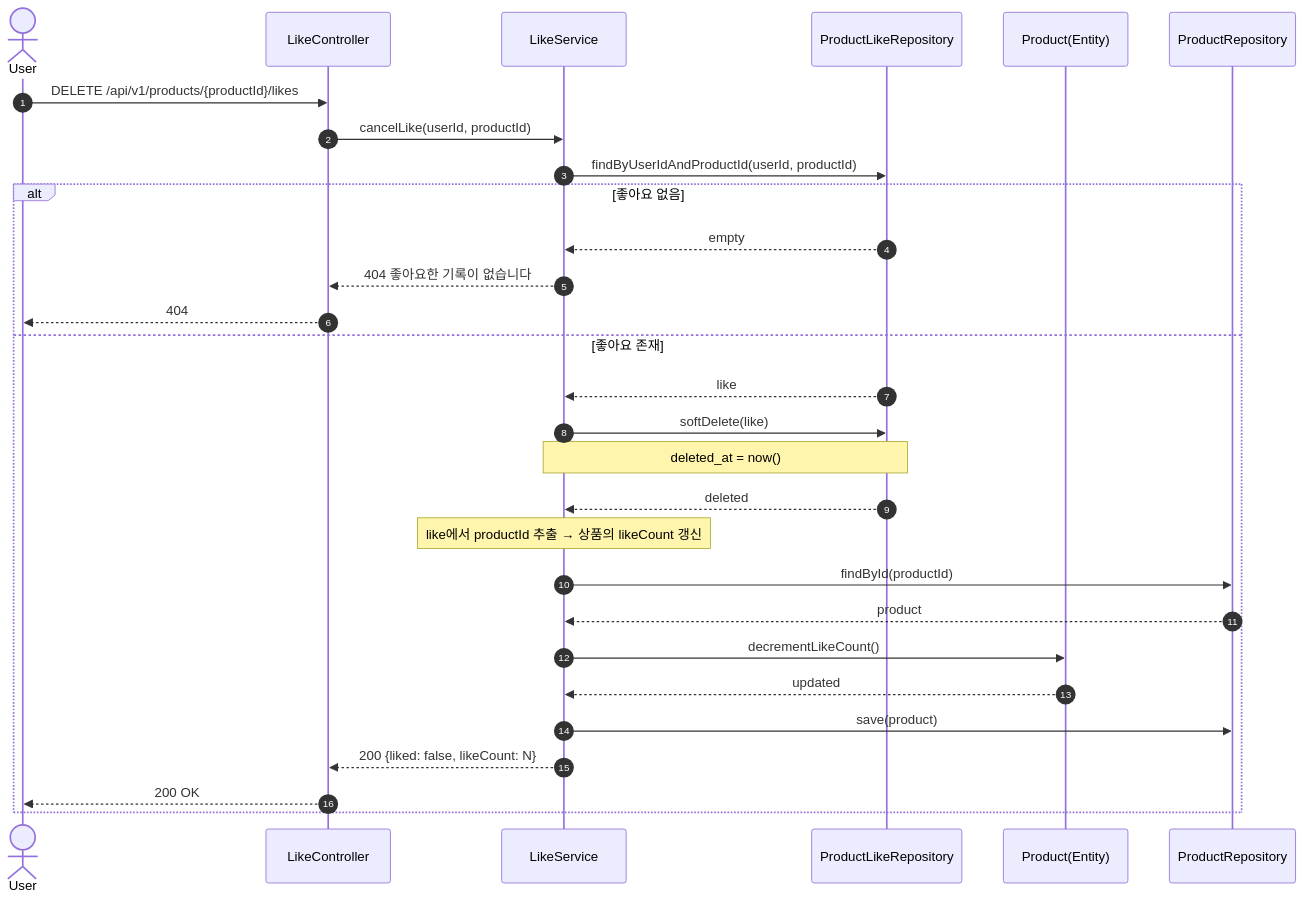
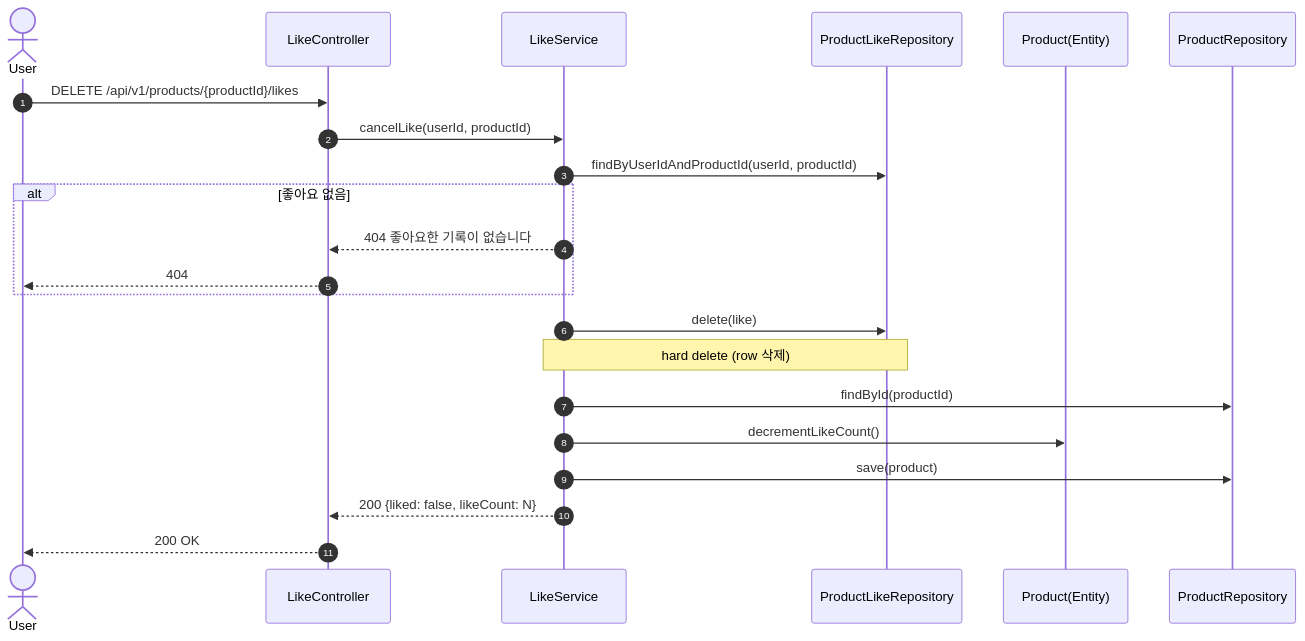
The fifth of 9 diagrams in .docs/design/02-sequence-diagrams.md (Loopers-dev-lab/loop-pack-be-l2-vol3-java), drawn with Mermaid before and after one commit. The commit also changed other lines of this file and 13 other files, not shown here.

Commit message:
docs: 핵심 도메인 설계 문서 작성 (요구사항, 시퀀스, 클래스, ERD)

````diff
--- a/.docs/design/02-sequence-diagrams.md
+++ b/.docs/design/02-sequence-diagrams.md
@@ -97,36 +283,29 @@
 ```mermaid
 sequenceDiagram
   autonumber
   actor User
   participant Controller as LikeController
   participant Service as LikeService
   participant LikeRepo as ProductLikeRepository
   participant Product as Product(Entity)
   participant ProductRepo as ProductRepository
 
   User->>Controller: DELETE /api/v1/products/{productId}/likes
   Controller->>Service: cancelLike(userId, productId)
 
   Service->>LikeRepo: findByUserIdAndProductId(userId, productId)
   alt 좋아요 없음
-    LikeRepo-->>Service: empty
     Service-->>Controller: 404 좋아요한 기록이 없습니다
     Controller-->>User: 404
-  else 좋아요 존재
-    LikeRepo-->>Service: like
+  end
 
-    Service->>LikeRepo: softDelete(like)
-    Note over Service,LikeRepo: deleted_at = now()
-    LikeRepo-->>Service: deleted
+  Service->>LikeRepo: delete(like)
+  Note over Service,LikeRepo: hard delete (row 삭제)
 
-    Note over Service: like에서 productId 추출 → 상품의 likeCount 갱신
-    Service->>ProductRepo: findById(productId)
-    ProductRepo-->>Service: product
-    Service->>Product: decrementLikeCount()
-    Product-->>Service: updated
-    Service->>ProductRepo: save(product)
+  Service->>ProductRepo: findById(productId)
+  Service->>Product: decrementLikeCount()
+  Service->>ProductRepo: save(product)
 
-    Service-->>Controller: 200 {liked: false, likeCount: N}
-    Controller-->>User: 200 OK
-  end
+  Service-->>Controller: 200 {liked: false, likeCount: N}
+  Controller-->>User: 200 OK
 ```
````
